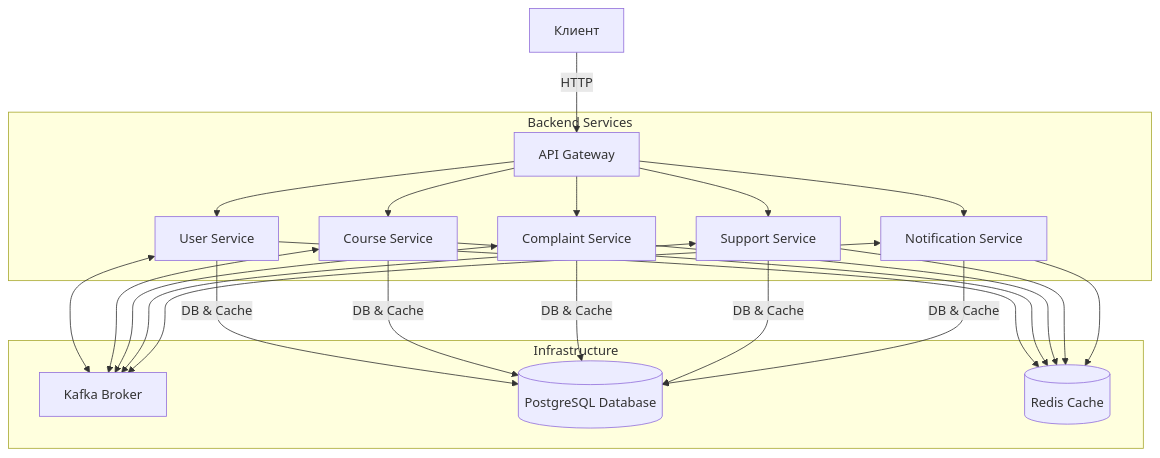
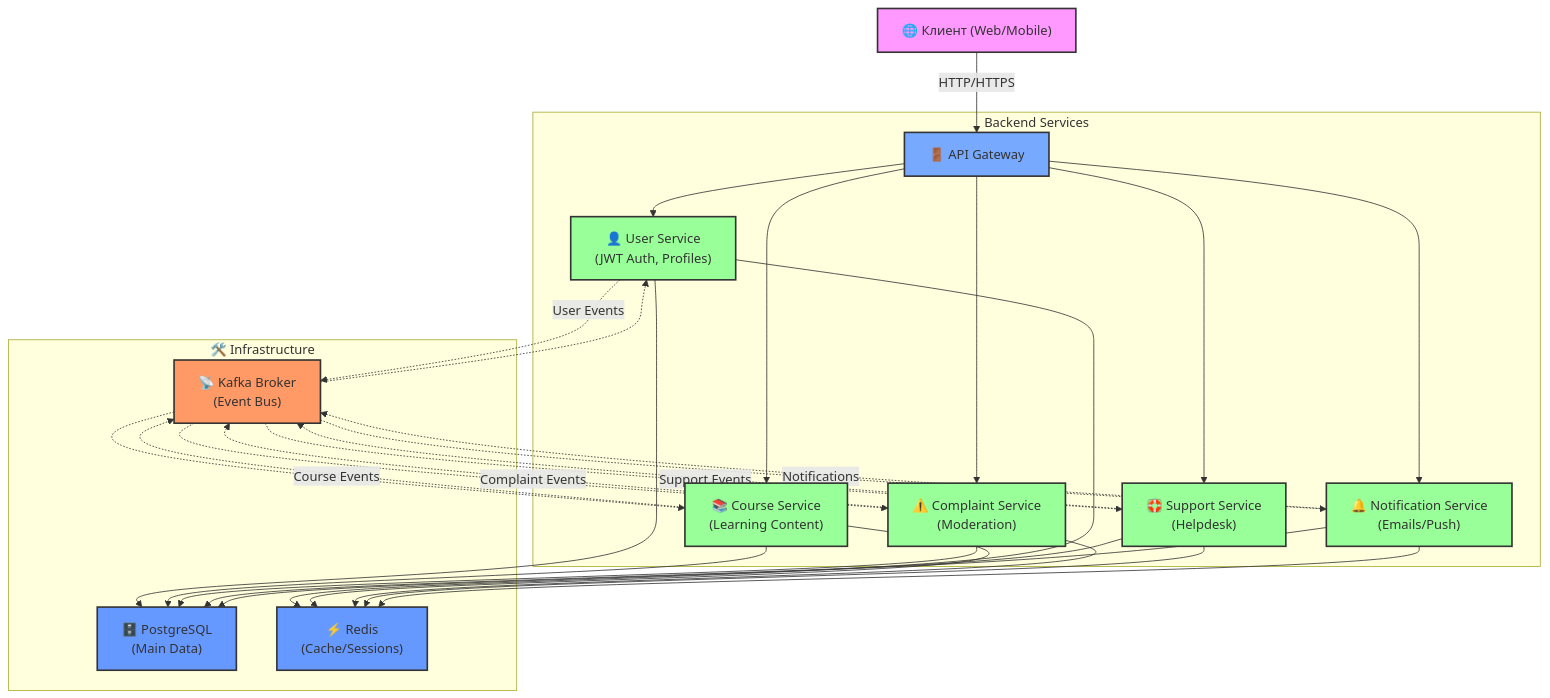
The diagram in README.md (Persdsr/Slay), drawn with Mermaid before and after one commit.

Commit message:
readme update

````diff
--- a/README.md
+++ b/README.md
@@ -27,35 +27,48 @@
 ```mermaid
 flowchart TD
-    A[Клиент] -->|HTTP| B[API Gateway]
+    A["🌐 Клиент (Web/Mobile)"] -->|HTTP/HTTPS| B["🚪 API Gateway"]
 
     subgraph Backend Services
-        B --> C[User Service]
-        B --> D[Course Service]
-        B --> E[Complaint Service]
-        B --> F[Support Service]
-        B --> G[Notification Service]
+        B --> C["👤 User Service\n(JWT Auth, Profiles)"]
+        B --> D["📚 Course Service\n(Learning Content)"]
+        B --> E["⚠️ Complaint Service\n(Moderation)"]
+        B --> F["🛟 Support Service\n(Helpdesk)"]
+        B --> G["🔔 Notification Service\n(Emails/Push)"]
     end
 
-    subgraph Infrastructure
-        K[Kafka Broker]
-        DB[(PostgreSQL Database)]
-        R[(Redis Cache)]
+    subgraph Infrastructure["🛠️ Infrastructure"]
+        K["📡 Kafka Broker\n(Event Bus)"]
+        DB["🗄️ PostgreSQL\n(Main Data)"]
+        R["⚡ Redis\n(Cache/Sessions)"]
     end
 
-    C -->|DB & Cache| DB
-    C --> R
-    D -->|DB & Cache| DB
-    D --> R
-    E -->|DB & Cache| DB
-    E --> R
-    F -->|DB & Cache| DB
-    F --> R
-    G -->|DB & Cache| DB
-    G --> R
+%% Database connections
+    C & D & E & F & G --> DB
+    C & D & E & F & G --> R
 
-    C <--> K
-    D <--> K
-    E <--> K
-    F <--> K
-    G <--> K
+%% Event-driven connections
+    C -.->|User Events| K
+    D -.->|Course Events| K
+    E -.->|Complaint Events| K
+    F -.->|Support Events| K
+    G -.->|Notifications| K
+
+    K -.-> C
+    K -.-> D
+    K -.-> E
+    K -.-> F
+    K -.-> G
+
+%% Styling
+    classDef client fill:#f9f,stroke:#333,stroke-width:2px;
+    classDef gateway fill:#7af,stroke:#333,stroke-width:2px;
+    classDef service fill:#9f9,stroke:#333,stroke-width:2px;
+    classDef infra fill:#f96,stroke:#333,stroke-width:2px;
+    classDef db fill:#69f,stroke:#333,stroke-width:2px;
+
+    class A client
+    class B gateway
+    class C,D,E,F,G service
+    class K infra
+    class DB,R db
 ```
````
